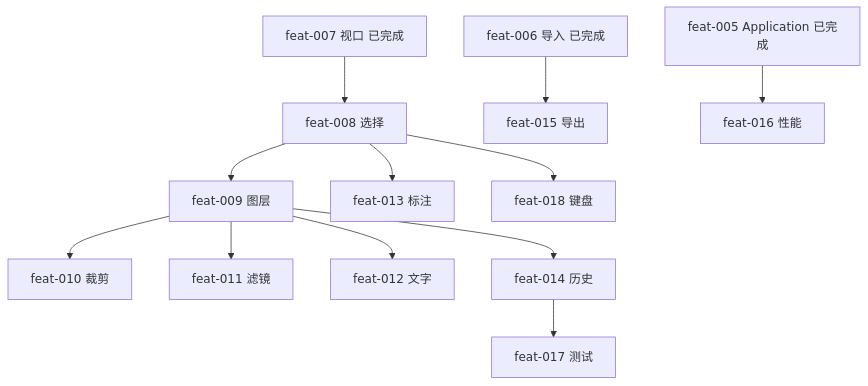
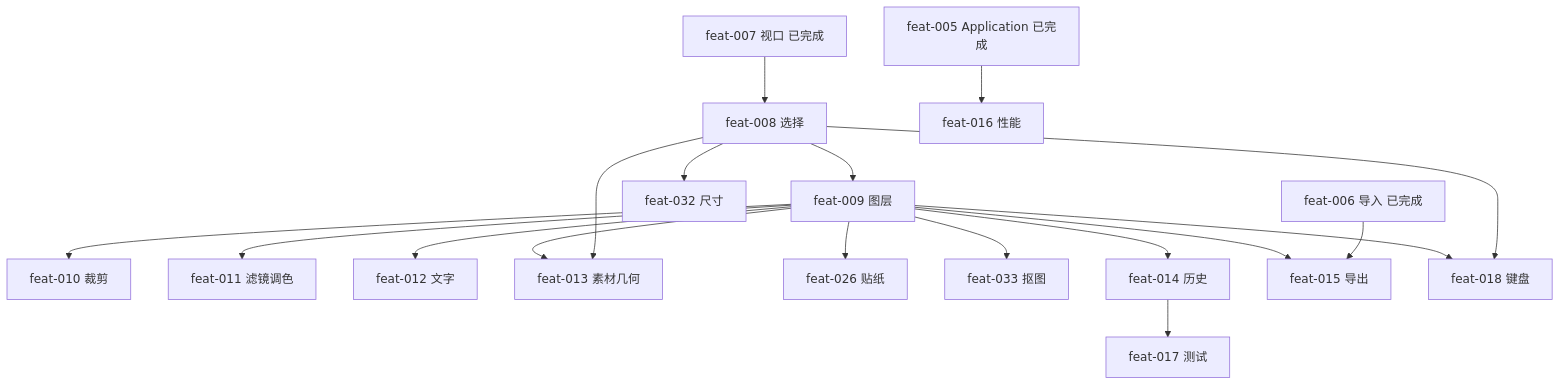
One commit to Komorisir/vue3-ts-standard-pro changed the second of 2 diagrams in docs/product/editor-plan.md. Above: the diagram before and after it, drawn with Mermaid. The commit also changed other lines of this file and 34 other files, not shown here.

````diff
--- a/docs/product/editor-plan.md
+++ b/docs/product/editor-plan.md
@@ -292,14 +308,20 @@
 ```mermaid
 graph TD
   F007[feat-007 视口 已完成] --> F008[feat-008 选择]
   F008 --> F009[feat-009 图层]
   F009 --> F010[feat-010 裁剪]
-  F009 --> F011[feat-011 滤镜]
+  F008 --> F032[feat-032 尺寸]
+  F009 --> F011[feat-011 滤镜调色]
   F009 --> F012[feat-012 文字]
-  F008 --> F013[feat-013 标注]
+  F008 --> F013[feat-013 素材几何]
+  F009 --> F013
+  F009 --> F026[feat-026 贴纸]
+  F009 --> F033[feat-033 抠图]
   F009 --> F014[feat-014 历史]
   F006[feat-006 导入 已完成] --> F015[feat-015 导出]
+  F009 --> F015
   F005[feat-005 Application 已完成] --> F016[feat-016 性能]
   F014 --> F017[feat-017 测试]
   F008 --> F018[feat-018 键盘]
+  F009 --> F018
 ```
````
